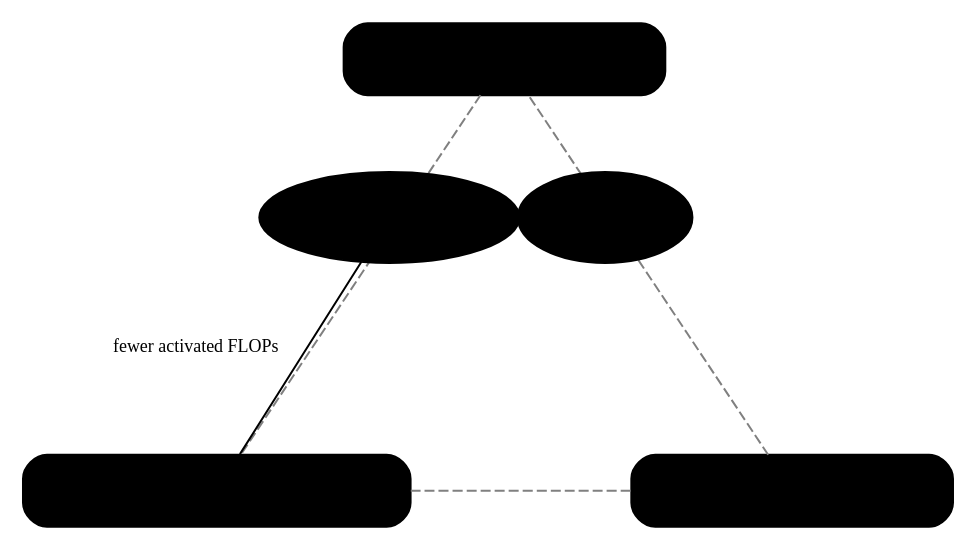
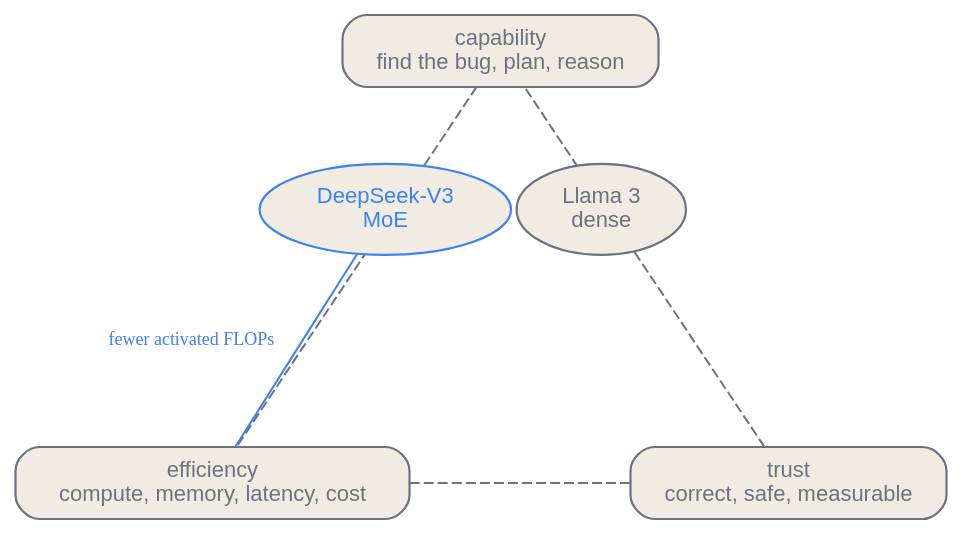
One commit to latere-ai/ai-as-an-infrastructure changed the third of 3 diagrams in en/p0-orientation/01-whole-stack.qmd. Above: the diagram before and after it, drawn with Graphviz. The commit also changed 186 other files, not shown here.

First line of the commit message:
book: visual audit pass on all diagrams and figures

````diff
--- a/en/p0-orientation/01-whole-stack.qmd
+++ b/en/p0-orientation/01-whole-stack.qmd
@@ -203,17 +203,19 @@
 ```{dot}
 //| label: fig-whole-stack-lens
 //| fig-cap: "The capability, efficiency, trust lens as a trade-off space, with the two running models placed on it. A dense model and a sparse model can reach the same capability. The sparse one does it for fewer activated FLOPs, leaning toward efficiency. Neither earns trust until something measures its output."
 graph lens {
   layout=neato;
-  node [shape=box, style=rounded, fontsize=11];
-  cap [label="capability\nfind the bug, plan, reason", pos="0,2!", fillcolor="#eef", style="rounded,filled"];
-  eff [label="efficiency\ncompute, memory, latency, cost", pos="-2,-1!", fillcolor="#eef", style="rounded,filled"];
-  tru [label="trust\ncorrect, safe, measurable", pos="2,-1!", fillcolor="#eef", style="rounded,filled"];
-  cap -- eff [style=dashed, color=gray];
-  eff -- tru [style=dashed, color=gray];
-  tru -- cap [style=dashed, color=gray];
-  llama [label="Llama 3\ndense", pos="0.7,0.9!", shape=ellipse, fillcolor="#fde", style=filled];
-  ds [label="DeepSeek-V3\nMoE", pos="-0.8,0.9!", shape=ellipse, fillcolor="#dfe", style=filled];
-  ds -- eff [label="fewer activated FLOPs", fontsize=9, color="#3a3"];
+  bgcolor="transparent";
+  node [shape=box, style="rounded,filled", fontname="Helvetica", fontsize=11, color="#6b7280", fontcolor="#6b7280", fillcolor="#f1ece1", penwidth=1.1];
+  edge [color="#6b7280", fontcolor="#6b7280"];
+  cap [label="capability\nfind the bug, plan, reason", pos="0,2!"];
+  eff [label="efficiency\ncompute, memory, latency, cost", pos="-2,-1!"];
+  tru [label="trust\ncorrect, safe, measurable", pos="2,-1!"];
+  cap -- eff [style=dashed];
+  eff -- tru [style=dashed];
+  tru -- cap [style=dashed];
+  llama [label="Llama 3\ndense", pos="0.7,0.9!", shape=ellipse];
+  ds [label="DeepSeek-V3\nMoE", pos="-0.8,0.9!", shape=ellipse, color="#3b82f6", fontcolor="#3b82f6"];
+  ds -- eff [label="fewer activated FLOPs", fontsize=9, color="#3b82f6", fontcolor="#3b82f6"];
 }
 ```
````
